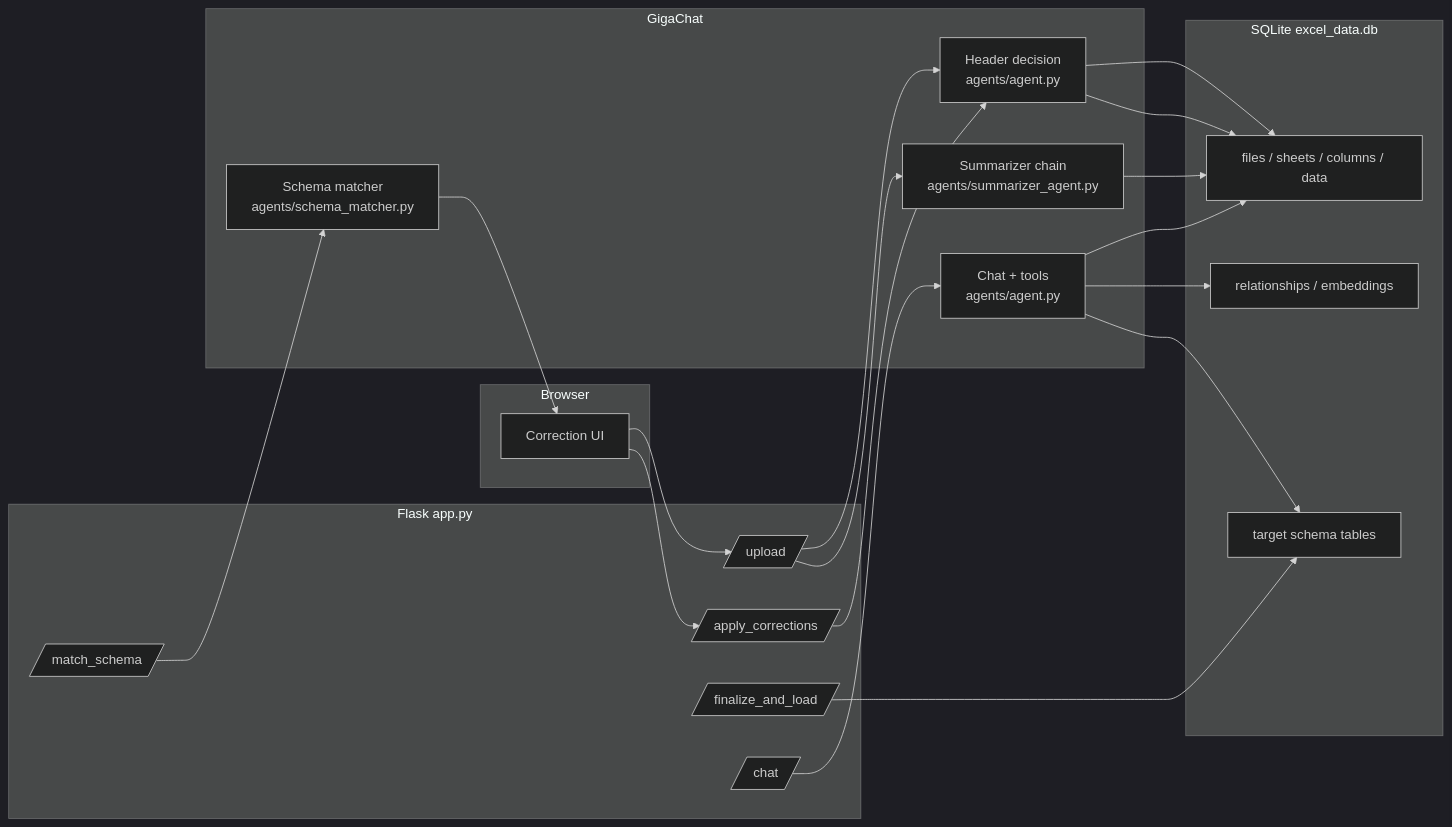
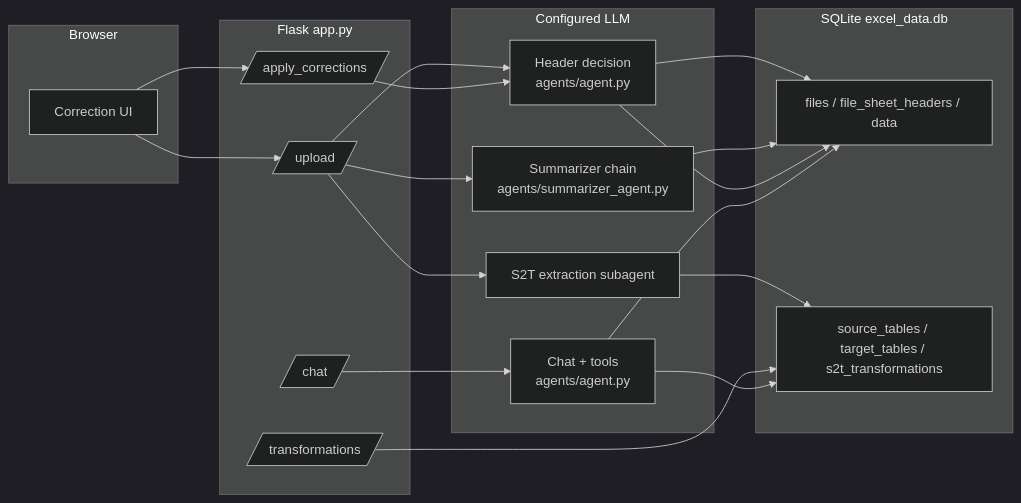
Before and after one commit to Sasyami/ETL-S2T-Parser: the first of 4 diagrams in README.md, drawn with Mermaid (dark theme). The commit also changed other lines of this file and 92 other files, not shown here.

````diff
--- a/README.md
+++ b/README.md
@@ -21,31 +21,29 @@
 ```mermaid
 flowchart LR
   subgraph ui [Browser]
     UI[Correction UI]
   end
  subgraph api [Flask app.py]
     UP[/upload/]
     AC[/apply_corrections/]
-    MS[/match_schema/]
-    FN[/finalize_and_load/]
+    TR[/transformations/]
     CH[/chat/]
   end
- subgraph ai [GigaChat]
+ subgraph ai [Configured LLM]
     HDR[Header decision\nagents/agent.py]
     SUM[Summarizer chain\nagents/summarizer_agent.py]
-    SCH[Schema matcher\nagents/schema_matcher.py]
+    S2T[S2T extraction subagent]
     AG[Chat + tools\nagents/agent.py]
   end
  subgraph data [SQLite excel_data.db]
-    T1[files / sheets / columns / data]
-    T2[relationships / embeddings]
-    T3[target schema tables]
+    T1[files / file_sheet_headers / data]
+    T2[source_tables / target_tables / s2t_transformations]
   end
   UI --> UP & AC
   UP --> HDR --> T1
+  UP --> S2T --> T2
   UP --> SUM --> T1
   AC --> HDR --> T1
-  MS --> SCH --> UI
-  FN --> T3
-  CH --> AG --> T1 & T2 & T3
+  TR --> T2
+  CH --> AG --> T1 & T2
 ```
````
